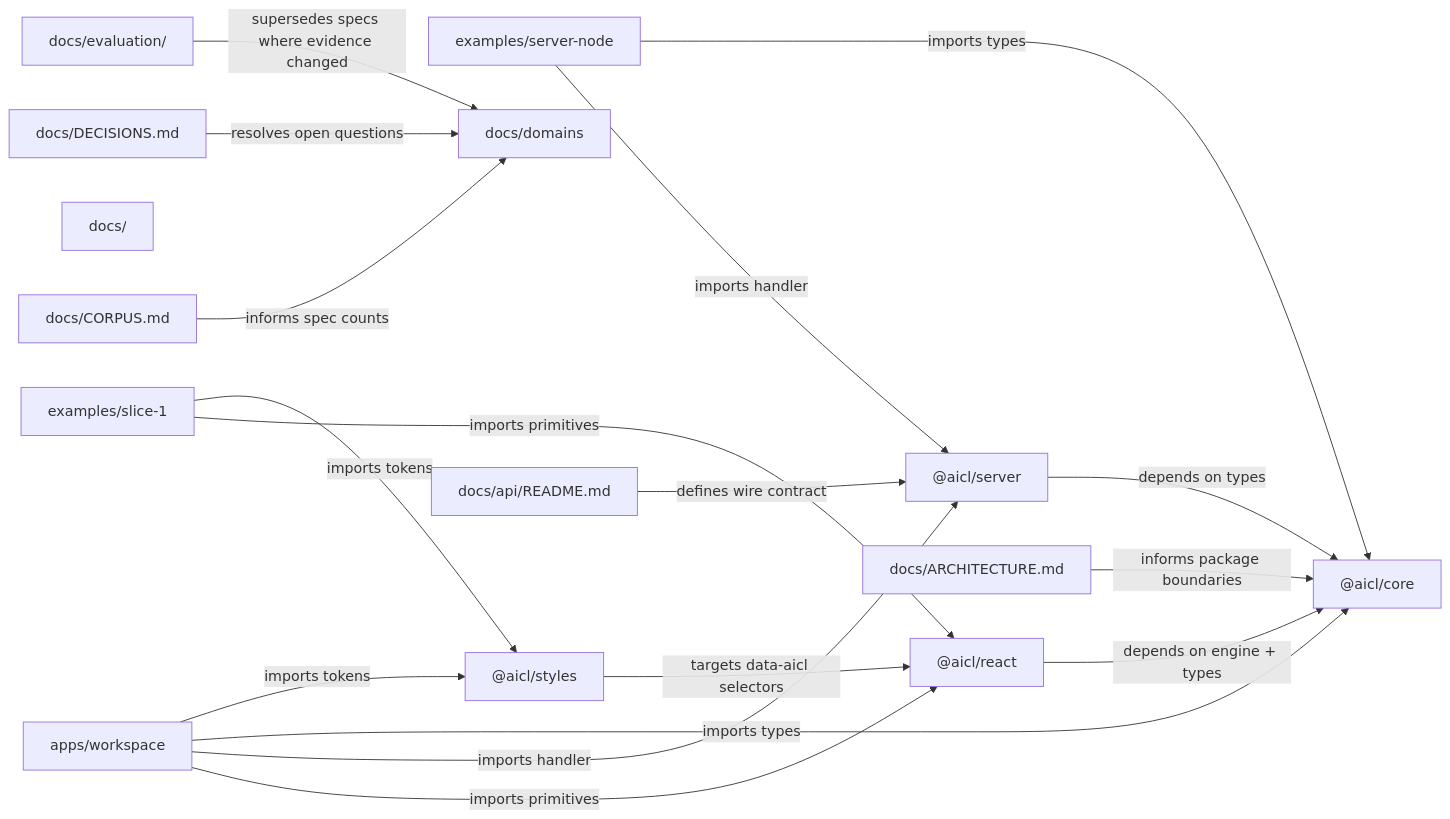
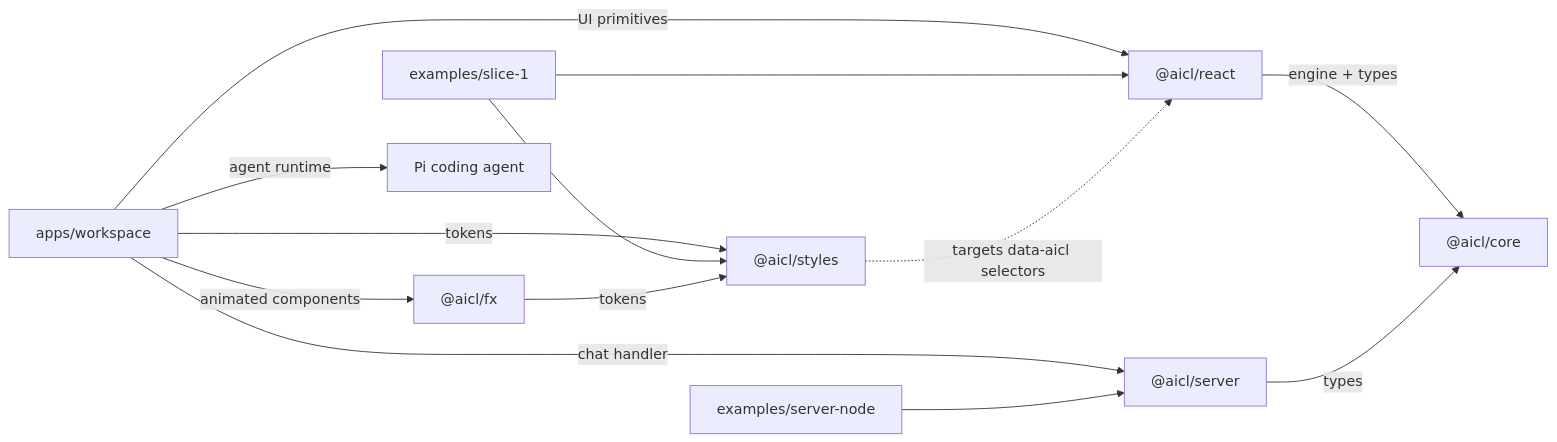
Before and after one commit to ameno-/aicl: the diagram in droid-wiki/overview/architecture.md, drawn with Mermaid. The commit also changed other lines of this file and 24 other files, not shown here.

First line of the commit message:
docs: agent-facing implementation and adoption guides (AICL-53)

````diff
--- a/droid-wiki/overview/architecture.md
+++ b/droid-wiki/overview/architecture.md
@@ -5,34 +5,25 @@
 ```mermaid
 graph LR
     workspace["apps/workspace"]
     slice1["examples/slice-1"]
     servernode["examples/server-node"]
     core["@aicl/core"]
     react["@aicl/react"]
     server["@aicl/server"]
     styles["@aicl/styles"]
-    docs["docs/"]
-    domains["docs/domains"]
-    corpus["docs/CORPUS.md"]
-    decisions["docs/DECISIONS.md"]
-    arch["docs/ARCHITECTURE.md"]
-    api["docs/api/README.md"]
-    eval["docs/evaluation/"]
+    fx["@aicl/fx"]
+    pi["Pi coding agent"]
 
-    workspace -- "imports primitives" --> react
-    workspace -- "imports handler" --> server
-    workspace -- "imports types" --> core
-    workspace -- "imports tokens" --> styles
-    slice1 -- "imports primitives" --> react
-    slice1 -- "imports tokens" --> styles
-    servernode -- "imports handler" --> server
-    servernode -- "imports types" --> core
-    react -- "depends on engine + types" --> core
-    server -- "depends on types" --> core
-    styles -- "targets data-aicl selectors" --> react
-    arch -- "informs package boundaries" --> core
-    corpus -- "informs spec counts" --> domains
-    decisions -- "resolves open questions" --> domains
-    api -- "defines wire contract" --> server
-    eval -- "supersedes specs where evidence changed" --> domains
+    workspace -- "UI primitives" --> react
+    workspace -- "animated components" --> fx
+    workspace -- "chat handler" --> server
+    workspace -- "tokens" --> styles
+    workspace -- "agent runtime" --> pi
+    slice1 --> react
+    slice1 --> styles
+    servernode --> server
+    react -- "engine + types" --> core
+    server -- "types" --> core
+    fx -- "tokens" --> styles
+    styles -. "targets data-aicl selectors" .-> react
 ```
````
